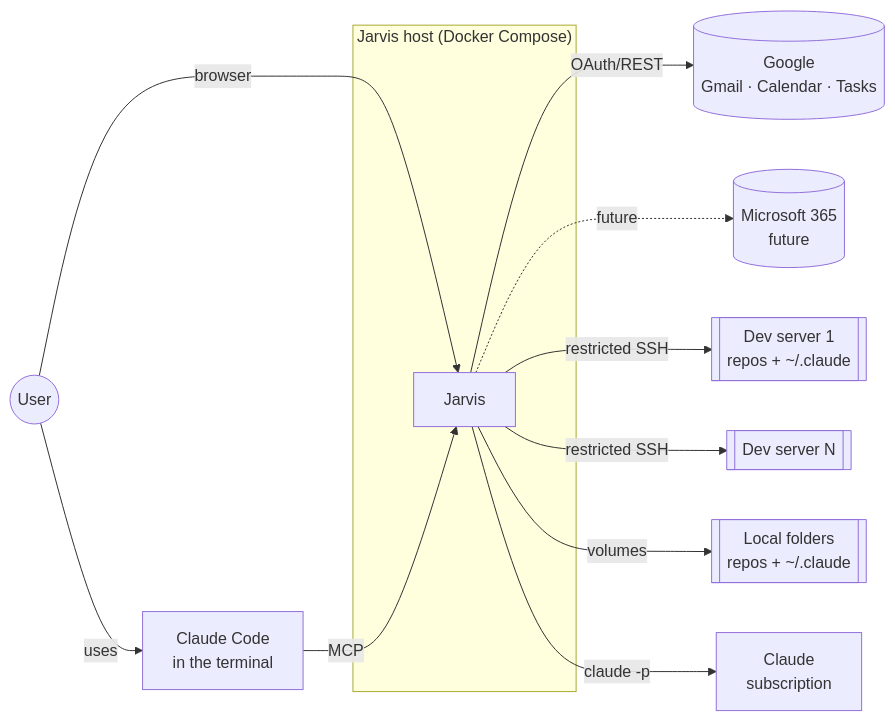
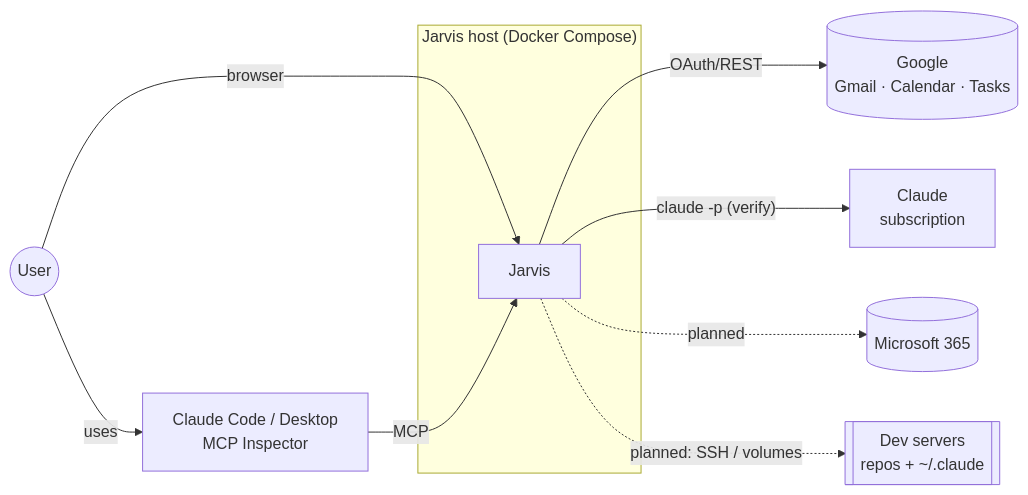
One commit to srovere/jarvis changed the first of 6 diagrams in docs/architecture.md. Above: the diagram before and after it, drawn with Mermaid. The commit also changed other lines of this file and 1 other file, not shown here.

First line of the commit message:
docs: describe the architecture and dashboard as built

````diff
--- a/docs/architecture.md
+++ b/docs/architecture.md
@@ -10,24 +14,20 @@
 ```mermaid
 flowchart LR
   U((User))
   subgraph Host["Jarvis host (Docker Compose)"]
     J[Jarvis]
   end
-  CC[Claude Code<br/>in the terminal]
+  CC[Claude Code / Desktop<br/>MCP Inspector]
   G[(Google<br/>Gmail · Calendar · Tasks)]
-  MS[(Microsoft 365<br/>future)]
-  S1[[Dev server 1<br/>repos + ~/.claude]]
-  S2[[Dev server N]]
-  L[[Local folders<br/>repos + ~/.claude]]
   AI[Claude<br/>subscription]
+  MS[(Microsoft 365)]
+  S1[[Dev servers<br/>repos + ~/.claude]]
 
   U -- browser --> J
   U -- uses --> CC
   CC -- MCP --> J
   J -- OAuth/REST --> G
-  J -. future .-> MS
-  J -- restricted SSH --> S1
-  J -- restricted SSH --> S2
-  J -- volumes --> L
-  J -- claude -p --> AI
+  J -- "claude -p (verify)" --> AI
+  J -. planned .-> MS
+  J -. "planned: SSH / volumes" .-> S1
 ```
````
